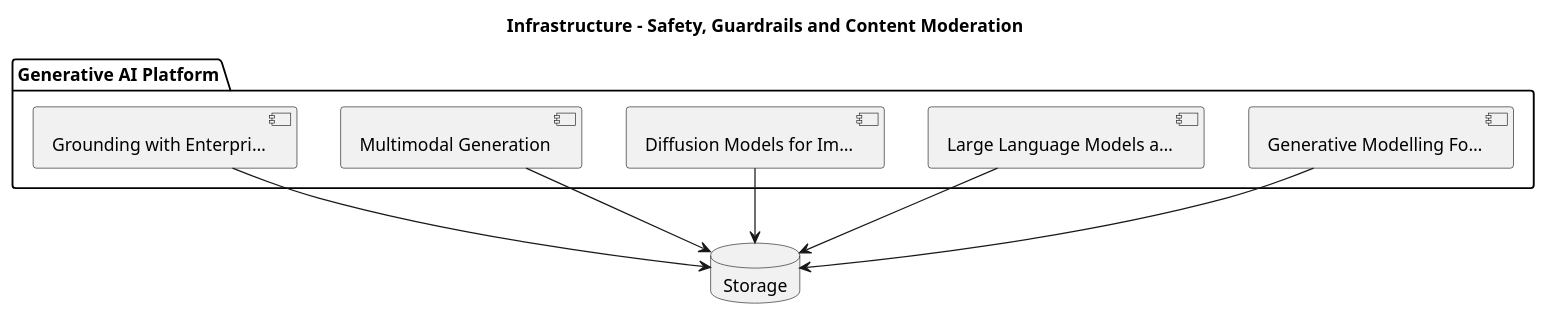
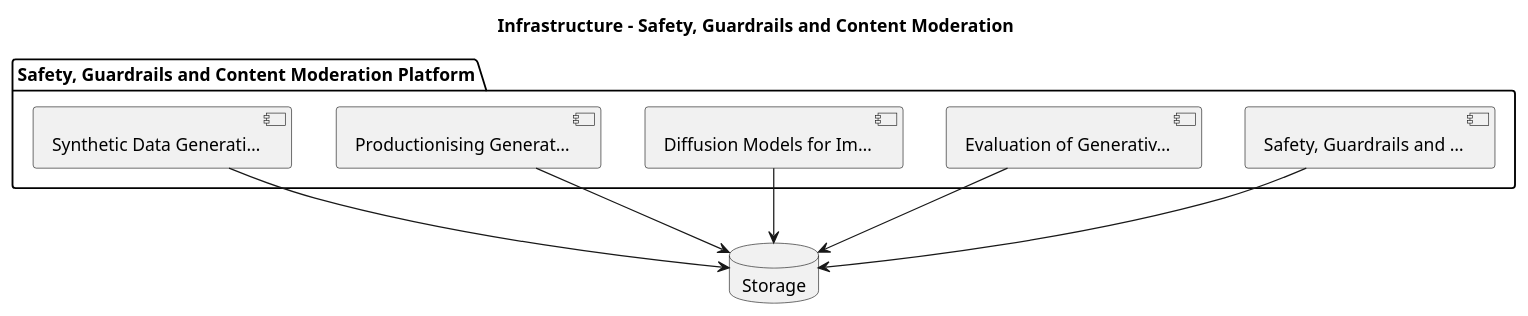
The diagram in content/generative-ai/generative-ai-foundations/diagrams/fig-012-infrastructure.puml (ankit05121980/AI-University), drawn with PlantUML before and after one commit. The commit also changed 458 other files, not shown here.

First line of the commit message:
Add Diagram Studio (prompt/text -> diagram) and per-chapter diagram context

```diff
--- a/content/generative-ai/generative-ai-foundations/diagrams/fig-012-infrastructure.puml
+++ b/content/generative-ai/generative-ai-foundations/diagrams/fig-012-infrastructure.puml
@@ -1,16 +1,16 @@
 @startuml
 title Infrastructure - Safety, Guardrails and Content Moderation
-package "Generative AI Platform" {
-  component "Generative Modelling Fo…" as C0
-  component "Large Language Models a…" as C1
+package "Safety, Guardrails and Content Moderation Platform" {
+  component "Safety, Guardrails and …" as C0
+  component "Evaluation of Generativ…" as C1
   component "Diffusion Models for Im…" as C2
-  component "Multimodal Generation" as C3
-  component "Grounding with Enterpri…" as C4
+  component "Productionising Generat…" as C3
+  component "Synthetic Data Generati…" as C4
 }
 database "Storage" as DB
 C0 --> DB
 C1 --> DB
 C2 --> DB
 C3 --> DB
 C4 --> DB
 @enduml
```
